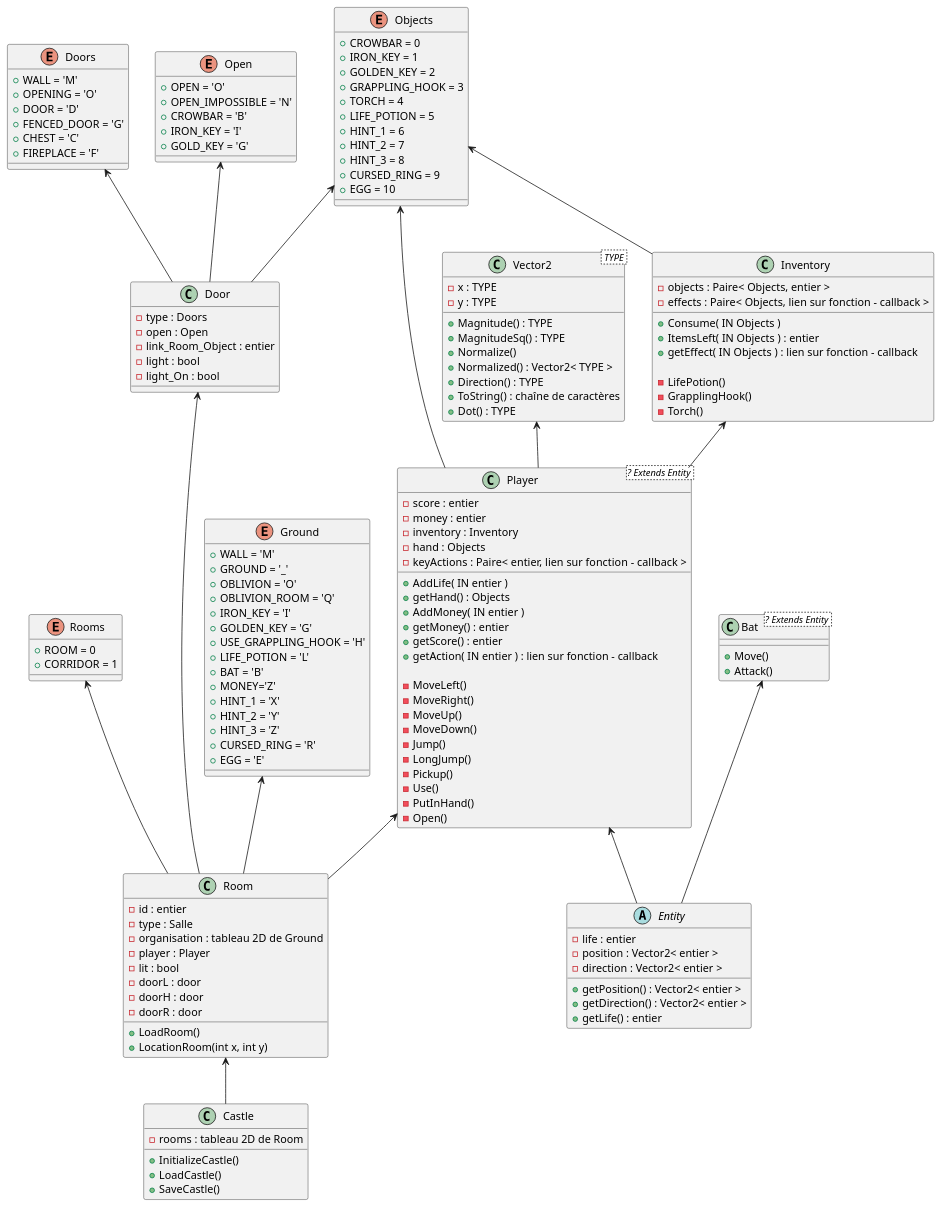
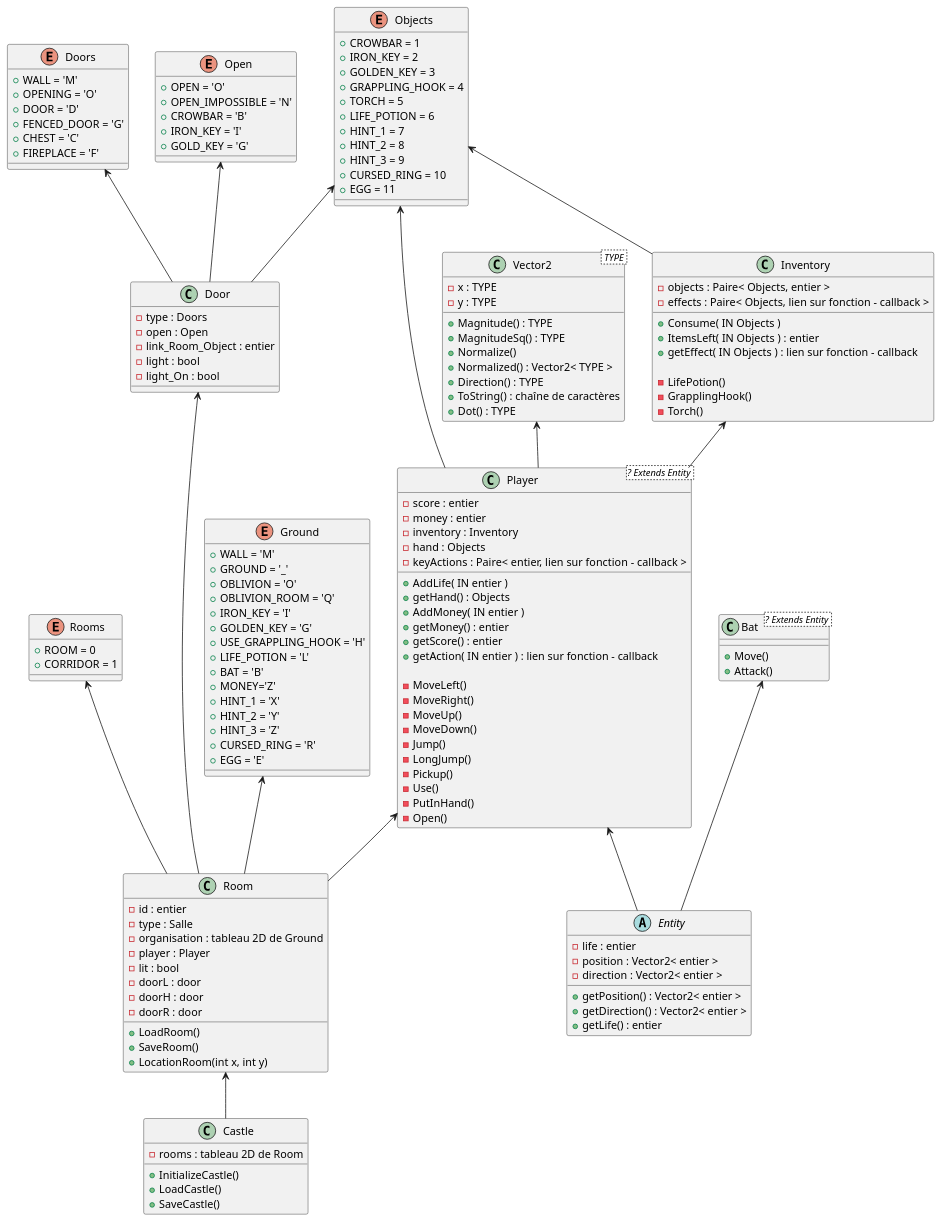
Before and after one commit to Serdok/GoldenPhoenix: the diagram in doc/diagrams/Class.puml, drawn with PlantUML.

Commit message:
mise a jour graph class - 4

```diff
--- a/doc/diagrams/Class.puml
+++ b/doc/diagrams/Class.puml
@@ -1,188 +1,189 @@
 @startuml
 
 Inventory <-- Player
 Room <-- Castle
 Objects <-- Inventory
 Vector2 <-- Player
 Rooms <-- Room
 Ground <-- Room
 Player <-- Room
 Objects <-- Player
 Player <-- Entity
 Bat <-- Entity
 Door <-- Room
 Objects <-- Door
 Doors <-- Door
 Open <-- Door 
 
 class Vector2< TYPE >
 {
     - x : TYPE
     - y : TYPE
 
     + Magnitude() : TYPE
     + MagnitudeSq() : TYPE
     + Normalize()
     + Normalized() : Vector2< TYPE >
     + Direction() : TYPE
     + ToString() : chaîne de caractères
     + Dot() : TYPE
 }
 
 class Player <? Extends Entity >
 {
     - score : entier
     - money : entier
     - inventory : Inventory
     - hand : Objects
     - keyActions : Paire< entier, lien sur fonction - callback >
 
     + AddLife( IN entier )
     + getHand() : Objects
     + AddMoney( IN entier )
     + getMoney() : entier
     + getScore() : entier
     + getAction( IN entier ) : lien sur fonction - callback
 
     - MoveLeft()
     - MoveRight()
     - MoveUp()
     - MoveDown()
     - Jump()
     - LongJump()
     - Pickup()
     - Use()
     - PutInHand()
     - Open()
 }
 
 class Inventory
 {
     - objects : Paire< Objects, entier >
     - effects : Paire< Objects, lien sur fonction - callback >
 
     + Consume( IN Objects )
     + ItemsLeft( IN Objects ) : entier
     + getEffect( IN Objects ) : lien sur fonction - callback
 
     - LifePotion()
     - GrapplingHook()
     - Torch()
 }
 
 abstract class Entity
 {
     - life : entier
     - position : Vector2< entier >
     - direction : Vector2< entier >
 
     + getPosition() : Vector2< entier >
     + getDirection() : Vector2< entier >
     + getLife() : entier
 }
 
 class Bat <? Extends Entity >
 {
     + Move()
     + Attack()
 }
 
 enum Objects
 {
-    + CROWBAR = 0
-    + IRON_KEY = 1
-    + GOLDEN_KEY = 2
-    + GRAPPLING_HOOK = 3
-    + TORCH = 4
-    + LIFE_POTION = 5
-    + HINT_1 = 6
-    + HINT_2 = 7
-    + HINT_3 = 8
-    + CURSED_RING = 9
-    + EGG = 10
+    + CROWBAR = 1
+    + IRON_KEY = 2
+    + GOLDEN_KEY = 3
+    + GRAPPLING_HOOK = 4
+    + TORCH = 5
+    + LIFE_POTION = 6
+    + HINT_1 = 7
+    + HINT_2 = 8
+    + HINT_3 = 9
+    + CURSED_RING = 10
+    + EGG = 11
 }
 
 class Castle
 {
     - rooms : tableau 2D de Room
 
 	+ InitializeCastle()
 	+ LoadCastle()
 	+ SaveCastle()
 }
 
 enum Rooms
 {
     + ROOM = 0
     + CORRIDOR = 1
 }
 
 enum Ground
 {
     + WALL = 'M'
     + GROUND = '_'
 	+ OBLIVION = 'O'
 	+ OBLIVION_ROOM = 'Q' 
     + IRON_KEY = 'I'
     + GOLDEN_KEY = 'G'
     + USE_GRAPPLING_HOOK = 'H'
     + LIFE_POTION = 'L'
 	+ BAT = 'B'
 	+ MONEY='Z'
     + HINT_1 = 'X'
     + HINT_2 = 'Y'
     + HINT_3 = 'Z'
     + CURSED_RING = 'R'
     + EGG = 'E'
 }
 
 enum Doors
 {
 	+ WALL = 'M'
 	+ OPENING = 'O'
 	+ DOOR = 'D'
 	+ FENCED_DOOR = 'G'
 	+ CHEST = 'C'
 	+ FIREPLACE = 'F'
 }
 
 enum Open
 {
 	+ OPEN = 'O'
 	+ OPEN_IMPOSSIBLE = 'N'
 	+ CROWBAR = 'B'
 	+ IRON_KEY = 'I'
 	+ GOLD_KEY = 'G'
 }
 
 class Door
 {
 	- type : Doors
 	- open : Open
 	- link_Room_Object : entier
 	- light : bool 
 	- light_On : bool 
 }
 
 class Room
 {
     - id : entier
     - type : Salle
     - organisation : tableau 2D de Ground
     - player : Player
     - lit : bool
 	- doorL : door
 	- doorH : door
 	- doorR : door
 
 
 	+ LoadRoom()
+	+ SaveRoom()
 	+ LocationRoom(int x, int y)
 }
 
 
 
 
 
 
 @enduml
```
